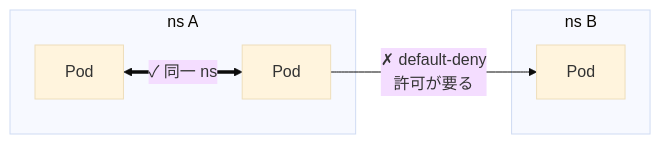
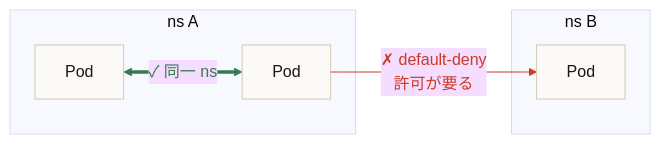
Before and after one commit to yu-min3/kensan-lab: the third of 4 diagrams in kubernetes/network/README.md, drawn with Mermaid (base theme). The commit also changed other lines of this file, not shown here.

Commit message:
docs(network): 設計思想(2エンジン×ZT)+役割分担図 追加・Whetstone配色で最終化

````diff
--- a/kubernetes/network/README.md
+++ b/kubernetes/network/README.md
@@ -56,10 +94,14 @@
 ```mermaid
 flowchart LR
     subgraph nsA["ns A"]
         A1[Pod] <==>|"✓ 同一 ns"| A2[Pod]
     end
     subgraph nsB["ns B"]
         B1[Pod]
     end
     A2 -->|"✗ default-deny<br/>許可が要る"| B1
+
+    classDef default fill:#FCFAF6,stroke:#D2C9B5,color:#1A1714
+    linkStyle 0 stroke:#377A50,color:#377A50
+    linkStyle 1 stroke:#CC3925,color:#CC3925
 ```
````
